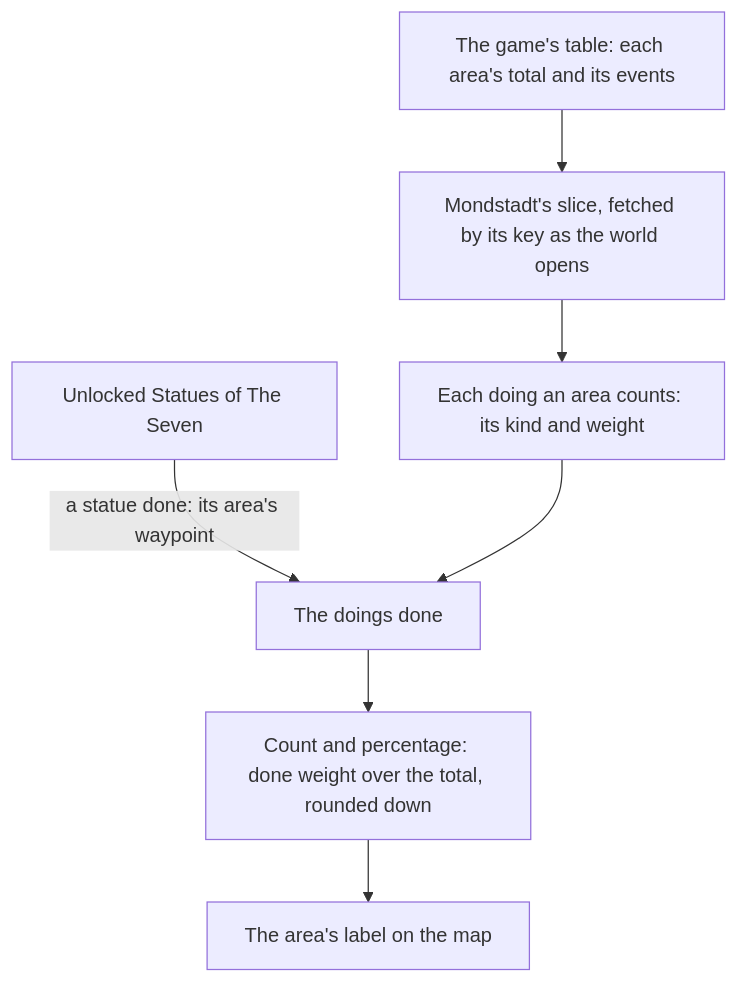
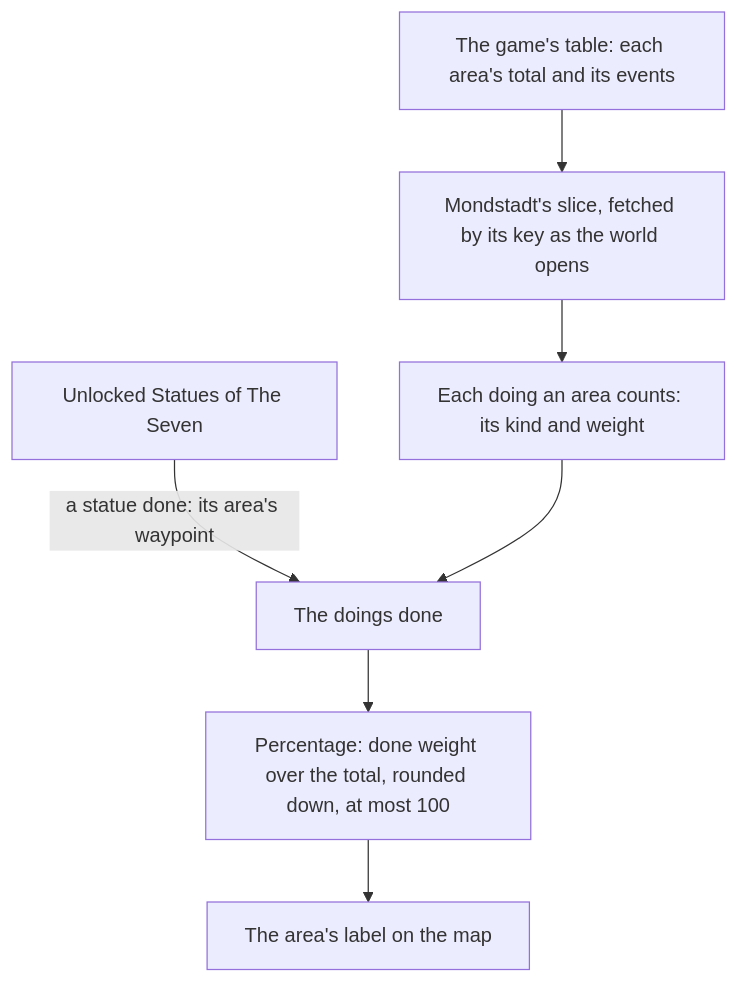
The diagram in apps/web/content/docs/genshin/exploration-progress.md (Esposter/Esposter), drawn with Mermaid before and after one commit. The commit also changed other lines of this file and 18 other files, not shown here.

````diff
--- a/apps/web/content/docs/genshin/exploration-progress.md
+++ b/apps/web/content/docs/genshin/exploration-progress.md
@@ -12,9 +12,9 @@
 ```mermaid
 flowchart TD
   T["The game's table: each area's total and its events"] --> S["Mondstadt's slice, fetched by its key as the world opens"]
   S --> K["Each doing an area counts: its kind and weight"]
   U["Unlocked Statues of The Seven"] -->|"a statue done: its area's waypoint"| D["The doings done"]
   K --> D
-  D --> C["Count and percentage: done weight over the total, rounded down"]
+  D --> C["Percentage: done weight over the total, rounded down, at most 100"]
   C --> L["The area's label on the map"]
 ```
````
